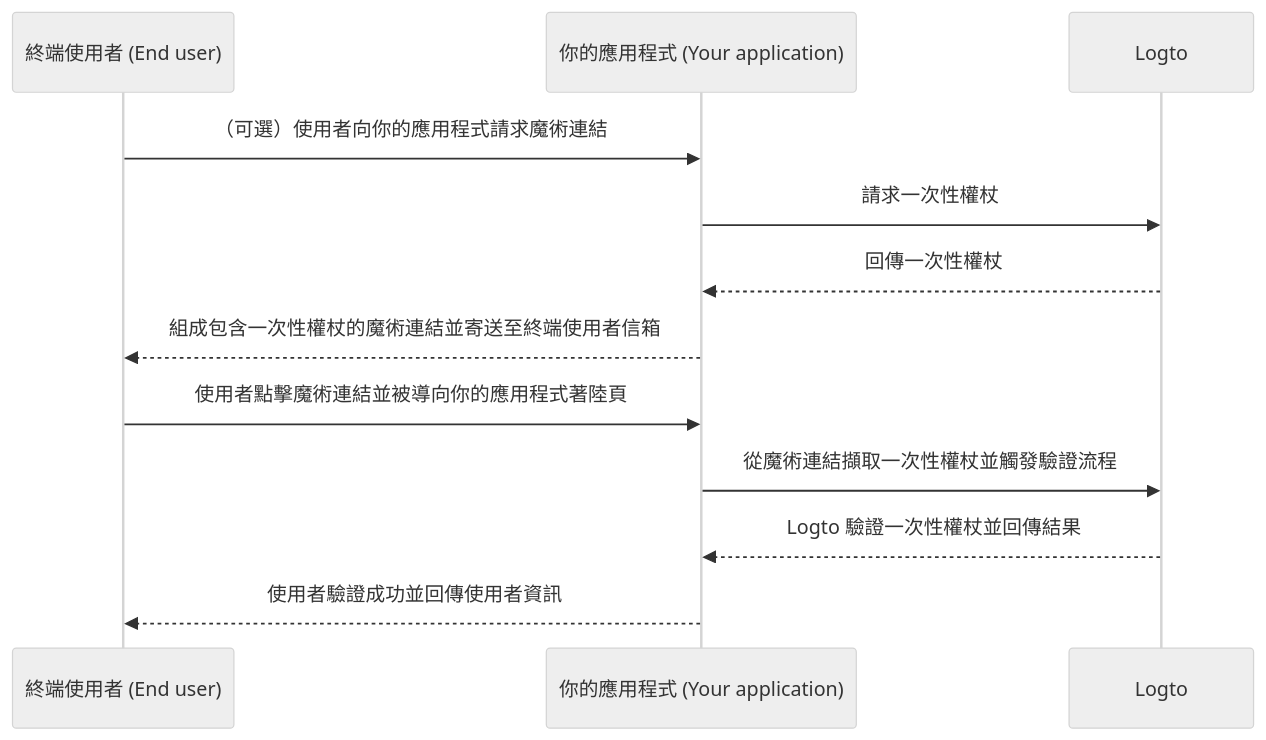
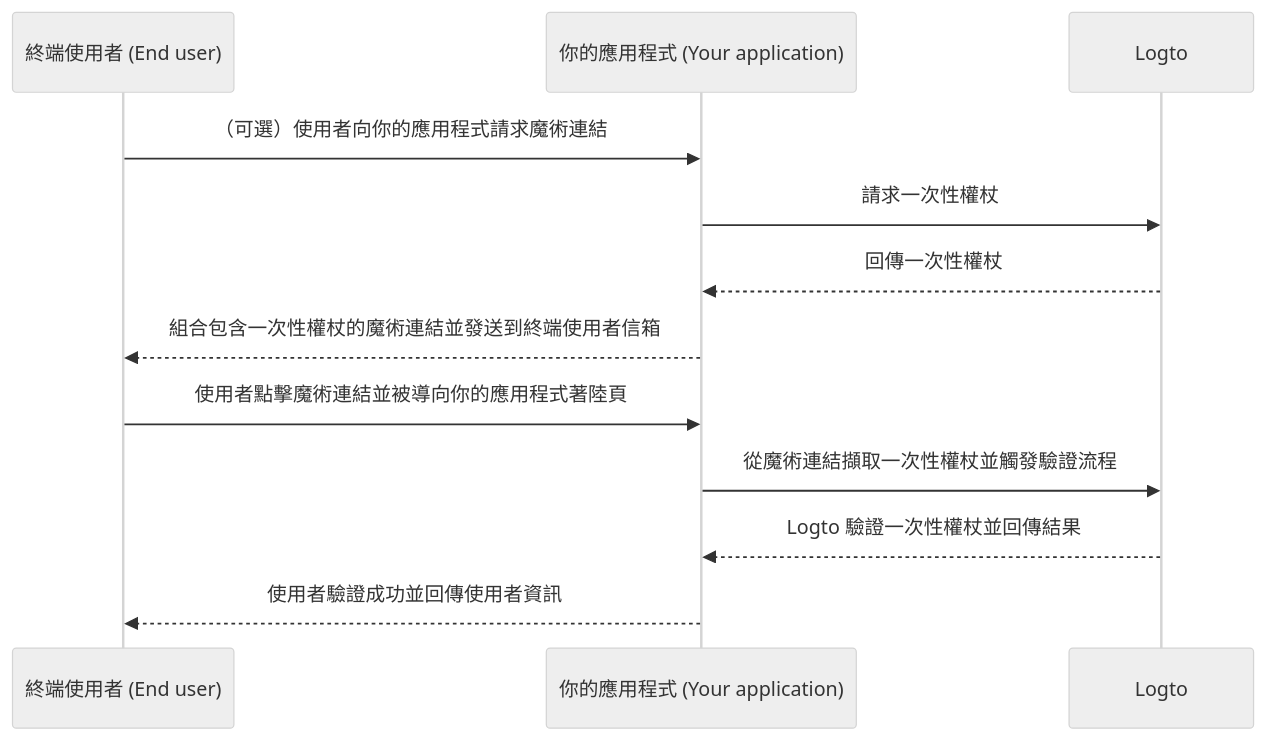
Before and after one commit to logto-io/docs: the diagram in i18n/zh-TW/docusaurus-plugin-content-docs/current/end-user-flows/one-time-token.mdx, drawn with Mermaid (neutral theme). The commit also changed other lines of this file and 26 other files, not shown here.

````diff
--- a/i18n/zh-TW/docusaurus-plugin-content-docs/current/end-user-flows/one-time-token.mdx
+++ b/i18n/zh-TW/docusaurus-plugin-content-docs/current/end-user-flows/one-time-token.mdx
@@ -38,15 +37,15 @@
 ```mermaid
 sequenceDiagram
   participant U as 終端使用者 (End user)
   participant C as 你的應用程式 (Your application)
   participant L as Logto
 
   U ->> C: （可選）使用者向你的應用程式請求魔術連結
   C ->> L: 請求一次性權杖
   L -->> C: 回傳一次性權杖
-  C -->> U: 組成包含一次性權杖的魔術連結並寄送至終端使用者信箱
+  C -->> U: 組合包含一次性權杖的魔術連結並發送到終端使用者信箱
   U ->> C: 使用者點擊魔術連結並被導向你的應用程式著陸頁
   C ->> L: 從魔術連結擷取一次性權杖並觸發驗證流程
   L -->> C: Logto 驗證一次性權杖並回傳結果
   C -->> U: 使用者驗證成功並回傳使用者資訊
 ```
````
